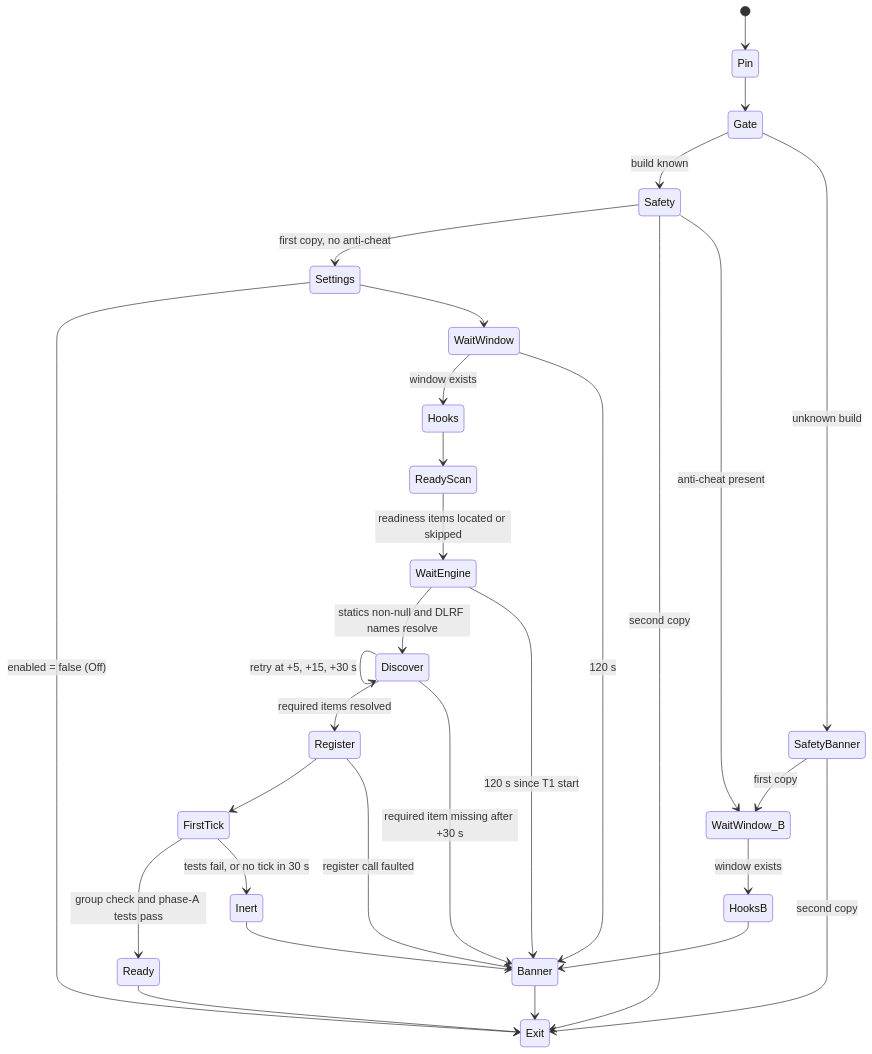
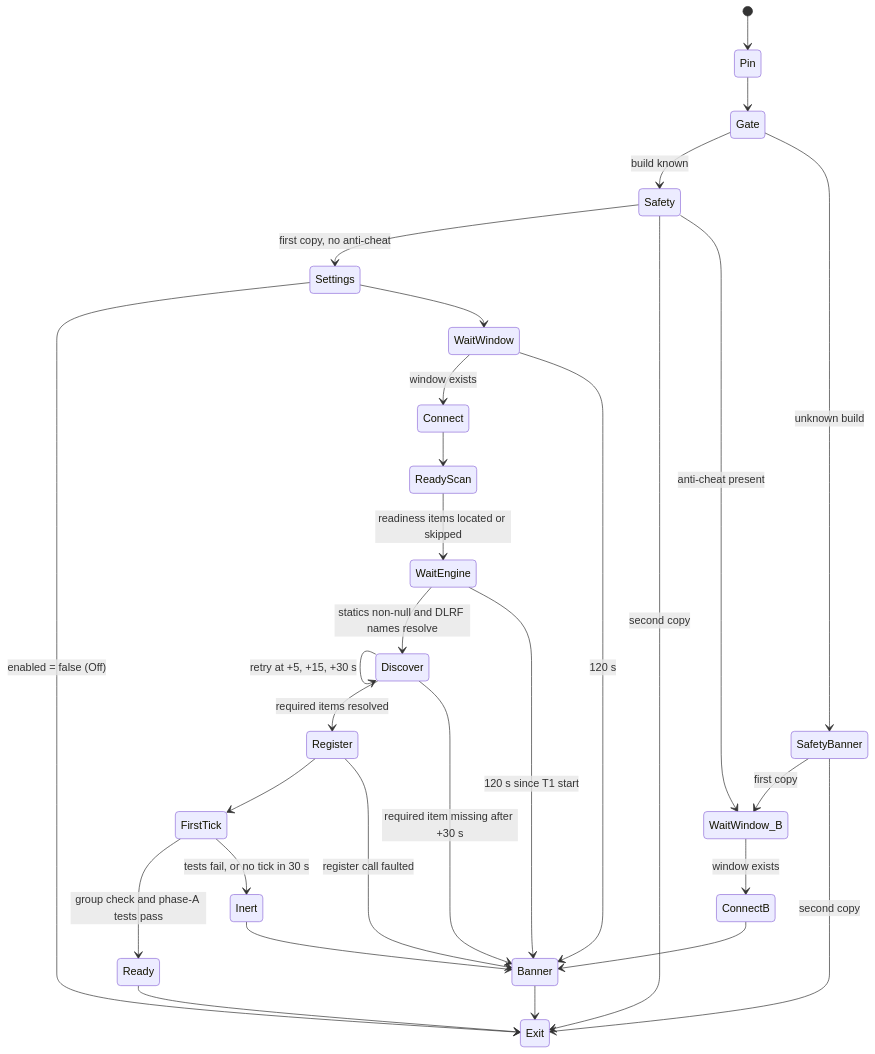
Before and after one commit to Pt0l3my/EldenNet: the fourth of 9 diagrams in docs/design/architecture.md, drawn with Mermaid. The commit also changed other lines of this file and 8 other files, not shown here.

````diff
--- a/docs/design/architecture.md
+++ b/docs/design/architecture.md
@@ -322,32 +330,32 @@
 ```mermaid
 stateDiagram-v2
   [*] --> Pin
   Pin --> Gate
   Gate --> Safety: build known
   Gate --> SafetyBanner: unknown build
   Safety --> Settings: first copy, no anti-cheat
   Safety --> Exit: second copy
   Safety --> WaitWindow_B: anti-cheat present
   SafetyBanner --> WaitWindow_B: first copy
   SafetyBanner --> Exit: second copy
   Settings --> Exit: enabled = false (Off)
   Settings --> WaitWindow
-  WaitWindow --> Hooks: window exists
+  WaitWindow --> Connect: window exists
   WaitWindow --> Banner: 120 s
-  WaitWindow_B --> HooksB: window exists
-  HooksB --> Banner
-  Hooks --> ReadyScan
+  WaitWindow_B --> ConnectB: window exists
+  ConnectB --> Banner
+  Connect --> ReadyScan
   ReadyScan --> WaitEngine: readiness items located or skipped
   WaitEngine --> Discover: statics non-null and DLRF names resolve
   WaitEngine --> Banner: 120 s since T1 start
   Discover --> Discover: retry at +5, +15, +30 s
   Discover --> Register: required items resolved
   Discover --> Banner: required item missing after +30 s
   Register --> FirstTick
   Register --> Banner: register call faulted
   FirstTick --> Ready: group check and phase-A tests pass
   FirstTick --> Inert: tests fail, or no tick in 30 s
   Inert --> Banner
   Ready --> Exit
   Banner --> Exit
 ```
````
